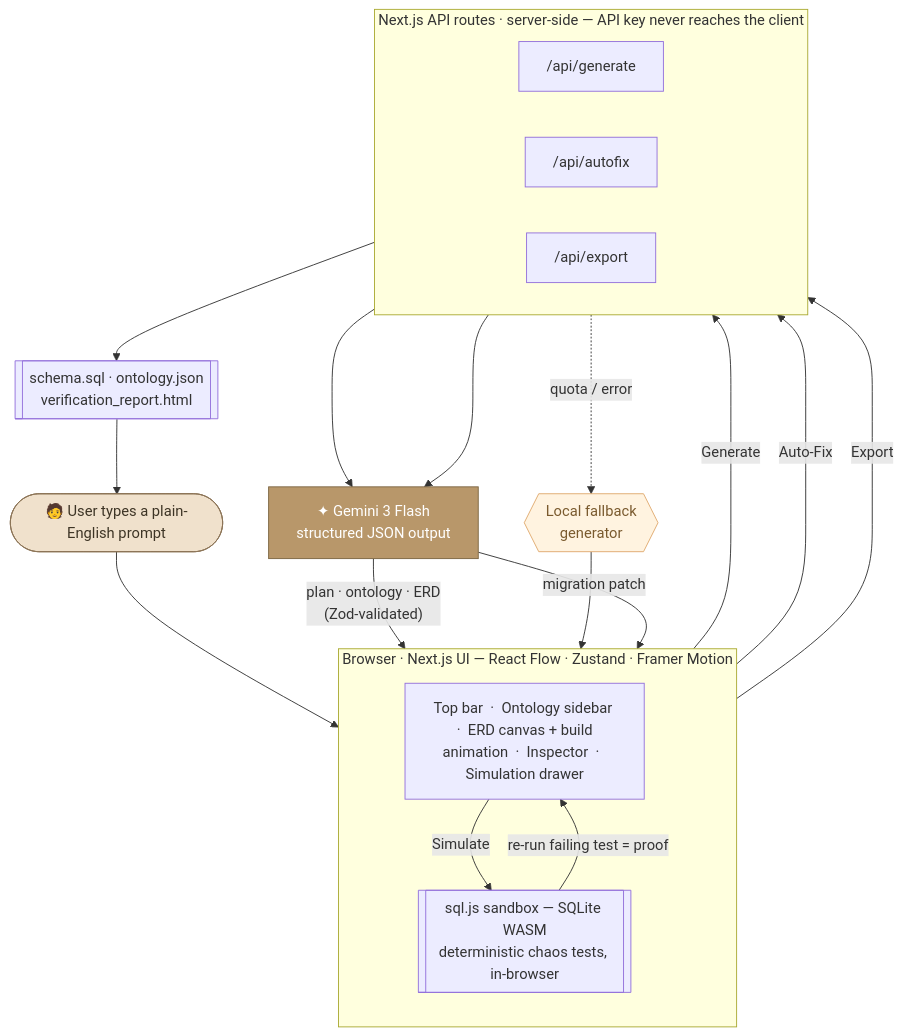
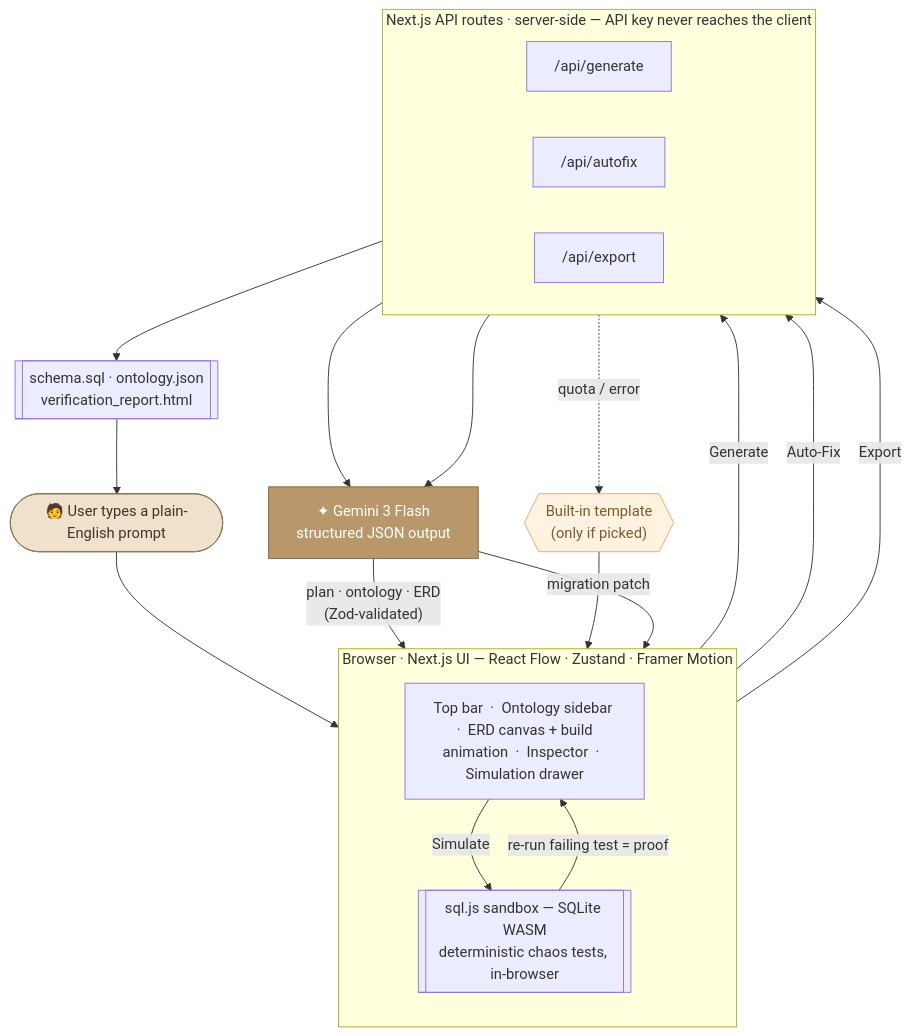
One commit to BhavyaAk25/Episteme changed the diagram in README.md. Above: the diagram before and after it, drawn with Mermaid. The commit also changed other lines of this file and 30 other files, not shown here.

First line of the commit message:
Phase 0: fix broken spacing, ERD direction, and dishonest fallbacks

````diff
--- a/README.md
+++ b/README.md
@@ -70,43 +71,43 @@
 ```mermaid
 flowchart TB
     User(["🧑 User types a plain-English prompt"]):::user
 
     subgraph Browser["Browser · Next.js UI — React Flow · Zustand · Framer Motion"]
         direction TB
         UI["Top bar &nbsp;·&nbsp; Ontology sidebar &nbsp;·&nbsp; ERD canvas + build animation &nbsp;·&nbsp; Inspector &nbsp;·&nbsp; Simulation drawer"]
         Sandbox[["sql.js sandbox — SQLite WASM<br/>deterministic chaos tests, in-browser"]]
     end
 
     subgraph Server["Next.js API routes · server-side — API key never reaches the client"]
         direction LR
         Generate["/api/generate"]
         Autofix["/api/autofix"]
         Export["/api/export"]
     end
 
     Gemini["✦ Gemini 3 Flash<br/>structured JSON output"]:::ai
-    Fallback{{"Local fallback<br/>generator"}}:::fb
+    Fallback{{"Built-in template<br/>(only if picked)"}}:::fb
     Zip[["schema.sql · ontology.json<br/>verification_report.html"]]
 
     User --> UI
     UI -- "Generate" --> Generate
     UI -- "Auto-Fix" --> Autofix
     UI -- "Simulate" --> Sandbox
     UI -- "Export" --> Export
 
     Generate --> Gemini
     Generate -. "quota / error" .-> Fallback
     Gemini -- "plan · ontology · ERD<br/>(Zod-validated)" --> UI
     Fallback --> UI
 
     Autofix --> Gemini
     Gemini -- "migration patch" --> Sandbox
     Sandbox -- "re-run failing test = proof" --> UI
 
     Export --> Zip
     Zip --> User
 
     classDef ai fill:#B8976A,stroke:#7c6642,color:#ffffff;
     classDef user fill:#f0e1cc,stroke:#8B7355,color:#3D3425;
     classDef fb fill:#fff3e0,stroke:#e0a96d,color:#7a5a2e;
 ```
````
